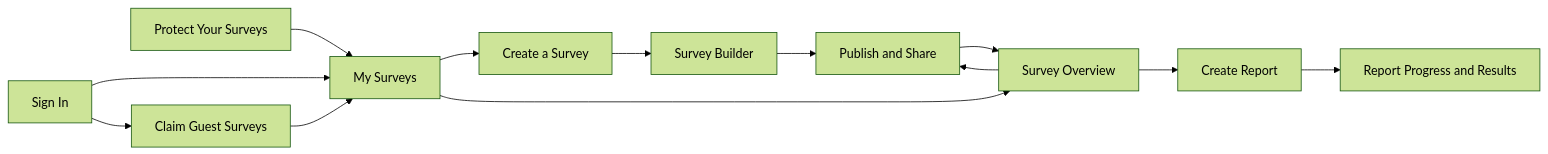
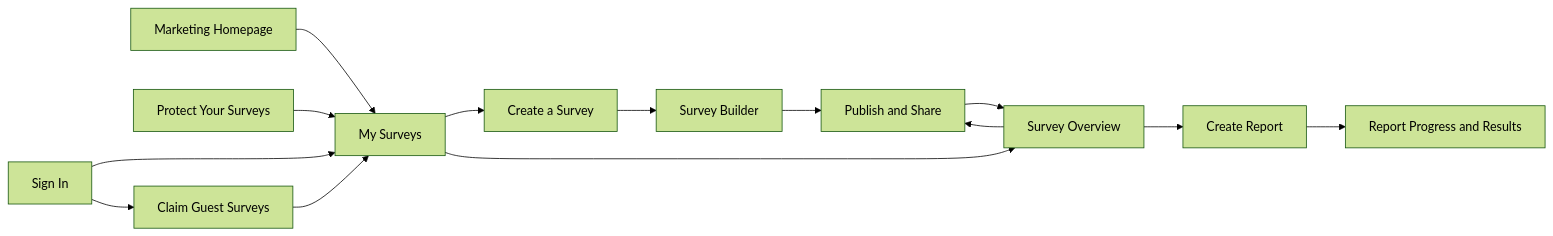
One commit to landofcash/saywide.com changed the first of 2 diagrams in docs/application-screens.md. Above: the diagram before and after it, drawn with Mermaid (forest theme). The commit also changed other lines of this file and 15 other files, not shown here.

````diff
--- a/docs/application-screens.md
+++ b/docs/application-screens.md
@@ -26,15 +27,16 @@
 ```mermaid
 flowchart LR
+    M1[Marketing Homepage] --> O4[My Surveys]
     O1[Create a Survey] --> O2[Survey Builder]
     O2 --> O3[Publish and Share]
     O3 --> O5[Survey Overview]
-    O4[My Surveys] --> O1
+    O4 --> O1
     O4 --> O5
     O5 --> O3
     O5 --> O6[Create Report]
     O6 --> O7[Report Progress and Results]
     O8[Protect Your Surveys] --> O4
     O9[Sign In] --> O4
     O9 --> O10[Claim Guest Surveys]
     O10 --> O4
 ```
````
